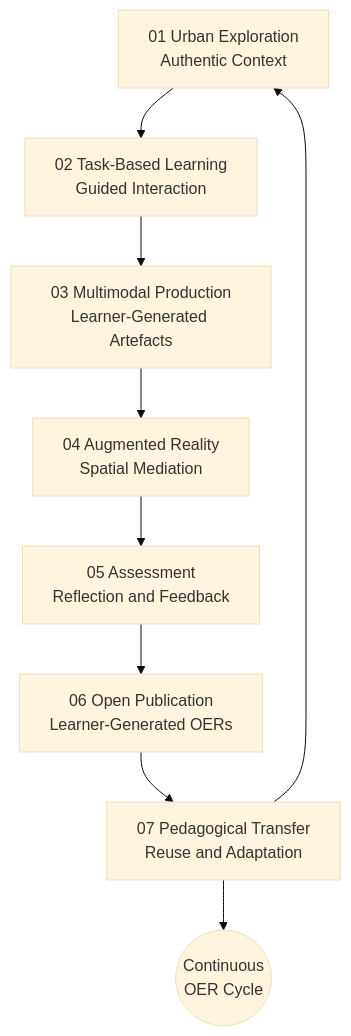
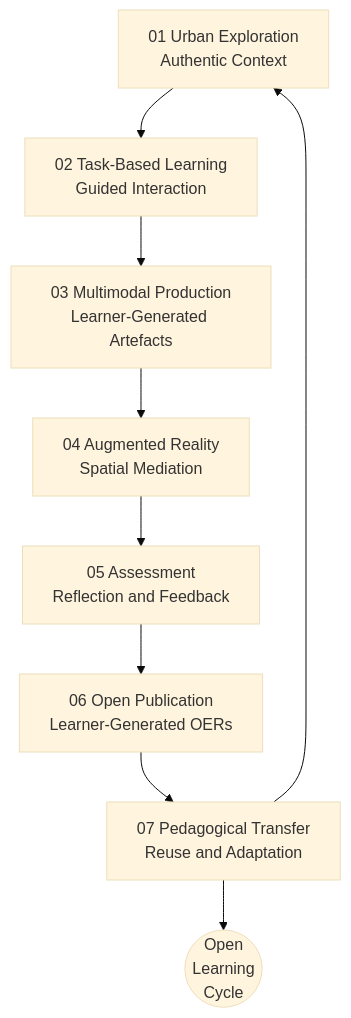
One commit to EmparYahui/urban-oer-chinese changed the second of 2 diagrams in README.md. Above: the diagram before and after it, drawn with Mermaid (base theme).

````diff
--- a/README.md
+++ b/README.md
@@ -82,21 +82,21 @@
 ```mermaid
 flowchart TD
 
 A[01 Urban Exploration<br>Authentic Context]
 B[02 Task-Based Learning<br>Guided Interaction]
 C[03 Multimodal Production<br>Learner-Generated Artefacts]
 D[04 Augmented Reality<br>Spatial Mediation]
 E[05 Assessment<br>Reflection and Feedback]
 F[06 Open Publication<br>Learner-Generated OERs]
 G[07 Pedagogical Transfer<br>Reuse and Adaptation]
 
 A --> B
 B --> C
 C --> D
 D --> E
 E --> F
 F --> G
 G --> A
 
-G --> H((Continuous<br>OER Cycle))
+G --> H((Open<br>Learning<br>Cycle))
 ```
````
